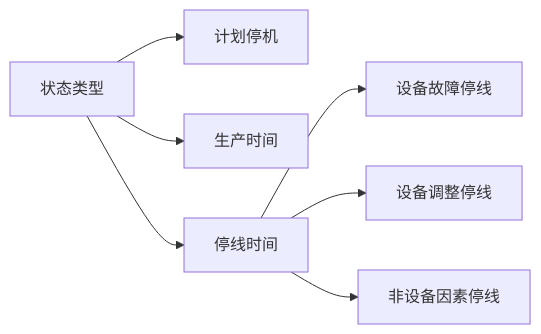
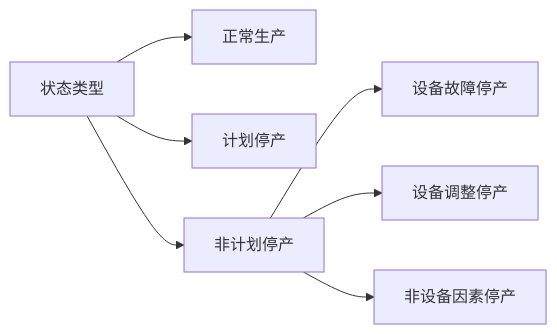
The first of 3 diagrams in dotnet/aspnet/Wta/be/src/Wta.Web/wwwroot/src/assets/docs/product/oee.md (nbaxp/examples), drawn with Mermaid before and after one commit. The commit also changed other lines of this file and 9 other files, not shown here.

````diff
--- a/dotnet/aspnet/Wta/be/src/Wta.Web/wwwroot/src/assets/docs/product/oee.md
+++ b/dotnet/aspnet/Wta/be/src/Wta.Web/wwwroot/src/assets/docs/product/oee.md
@@ -7,9 +9,9 @@
 ```mermaid
 flowchart LR
-状态类型-->计划停机
-状态类型-->生产时间
-状态类型-->停线时间
-停线时间-->设备故障停线
-停线时间-->设备调整停线
-停线时间-->非设备因素停线
+状态类型-->正常生产
+状态类型-->计划停产
+状态类型-->非计划停产
+非计划停产-->设备故障停产
+非计划停产-->设备调整停产
+非计划停产-->非设备因素停产
 ```
````
